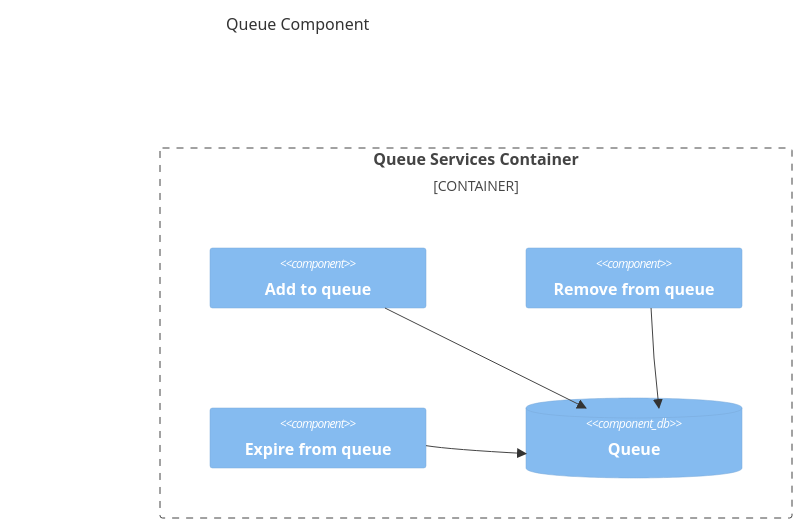
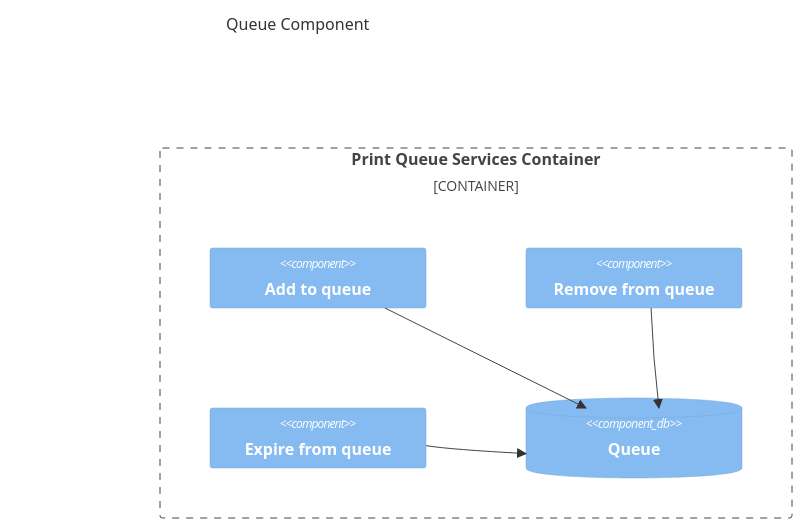
One commit to RossBugginsNHS/nhs-notify-digital-letters changed the diagram in docs/collections/_diagrams/c4component-queue.md. Above: the diagram before and after it, drawn with Mermaid. The commit also changed 20 other files, not shown here.

First line of the commit message:
CCM-12774: Updated event names. Added reporting architecture (#77)

````diff
--- a/docs/collections/_diagrams/c4component-queue.md
+++ b/docs/collections/_diagrams/c4component-queue.md
@@ -7,19 +7,19 @@
 ```mermaid
     C4Component
     title Queue Component
-    Container_Boundary(meshcontainer, "Queue Services Container") {
+    Container_Boundary(meshcontainer, "Print Queue Services Container") {
 
          Component(adder, "Add to queue")
          Component(remover, "Remove from queue")
          Component(expirer, "Expire from queue")
          ComponentDb(queue, "Queue")
 
          Rel(adder, queue, "", "")
          Rel(remover, queue, "", "")
          Rel(expirer, queue, "", "")
 
          UpdateLayoutConfig($c4ShapeInRow="3", $c4BoundaryInRow="2")
 
 
     }
 ```
````
